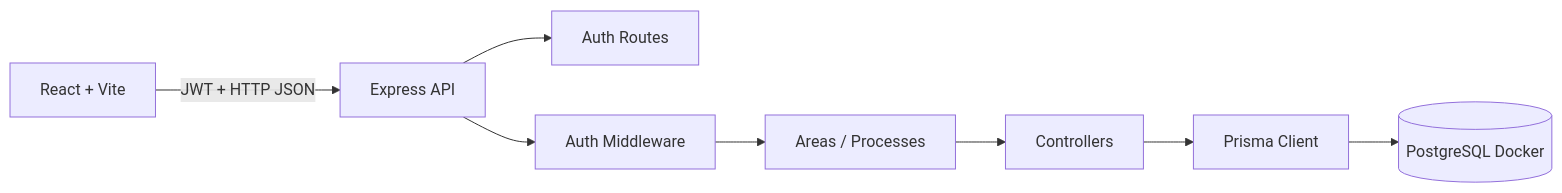
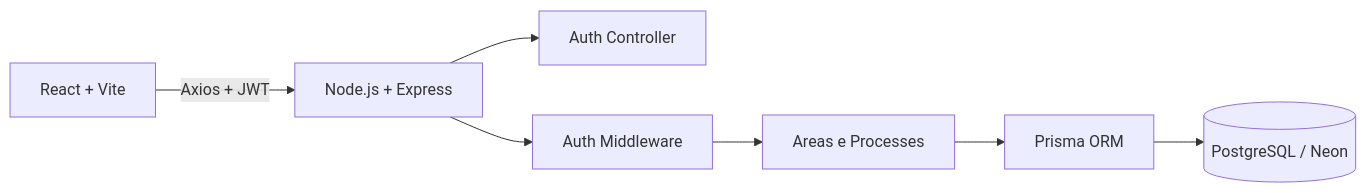
One commit to RenzoFernandes/process-hub changed the first of 2 diagrams in README.md. Above: the diagram before and after it, drawn with Mermaid. The commit also changed other lines of this file and 8 other files, not shown here.

````diff
--- a/README.md
+++ b/README.md
@@ -119,10 +42,9 @@
 ```mermaid
 flowchart LR
-  Browser[React + Vite] -->|JWT + HTTP JSON| API[Express API]
-  API --> AuthRoutes[Auth Routes]
-  API --> AuthMiddleware[Auth Middleware]
-  AuthMiddleware --> PrivateRoutes[Areas / Processes]
-  PrivateRoutes --> Controllers[Controllers]
-  Controllers --> Prisma[Prisma Client]
-  Prisma --> Postgres[(PostgreSQL Docker)]
+  Browser[React + Vite] -->|Axios + JWT| API[Node.js + Express]
+  API --> Auth[Auth Controller]
+  API --> Middleware[Auth Middleware]
+  Middleware --> PrivateRoutes[Areas e Processes]
+  PrivateRoutes --> Prisma[Prisma ORM]
+  Prisma --> Database[(PostgreSQL / Neon)]
 ```
````
